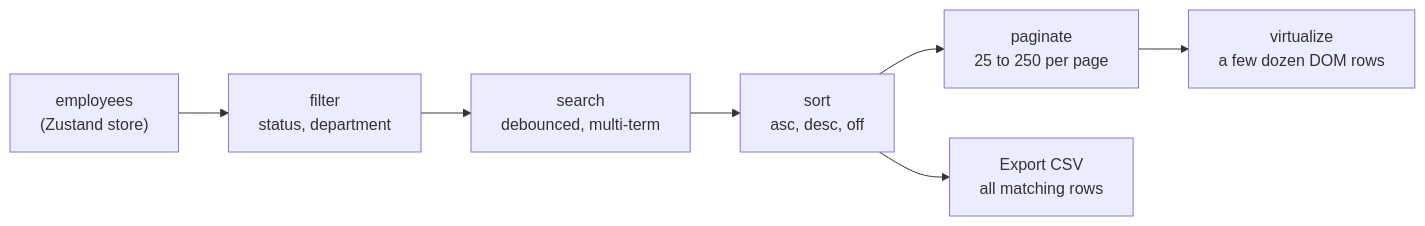
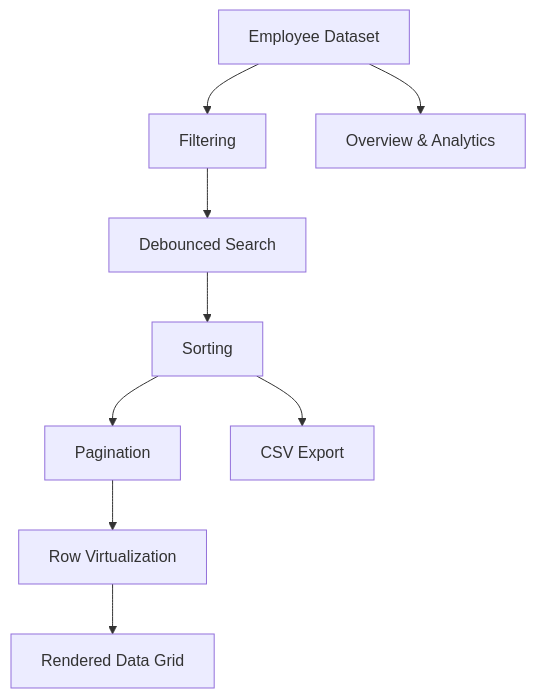
One commit to Rudra2004-dev/gridforge changed the diagram in README.md. Above: the diagram before and after it, drawn with Mermaid. The commit also changed other lines of this file, not shown here.

````diff
--- a/README.md
+++ b/README.md
@@ -93,9 +88,21 @@
 ```mermaid
-flowchart LR
-  A["employees<br/>(Zustand store)"] --> B["filter<br/>status, department"]
-  B --> C["search<br/>debounced, multi-term"]
-  C --> D["sort<br/>asc, desc, off"]
-  D --> E["paginate<br/>25 to 250 per page"]
-  E --> F["virtualize<br/>a few dozen DOM rows"]
-  D --> G["Export CSV<br/>all matching rows"]
+flowchart TD
+    A["Employee Dataset"]
+    B["Filtering"]
+    C["Debounced Search"]
+    D["Sorting"]
+    E["Pagination"]
+    F["Row Virtualization"]
+    G["Rendered Data Grid"]
+    H["CSV Export"]
+    I["Overview & Analytics"]
+
+    A --> B
+    B --> C
+    C --> D
+    D --> E
+    E --> F
+    F --> G
+    D --> H
+    A --> I
 ```
````
